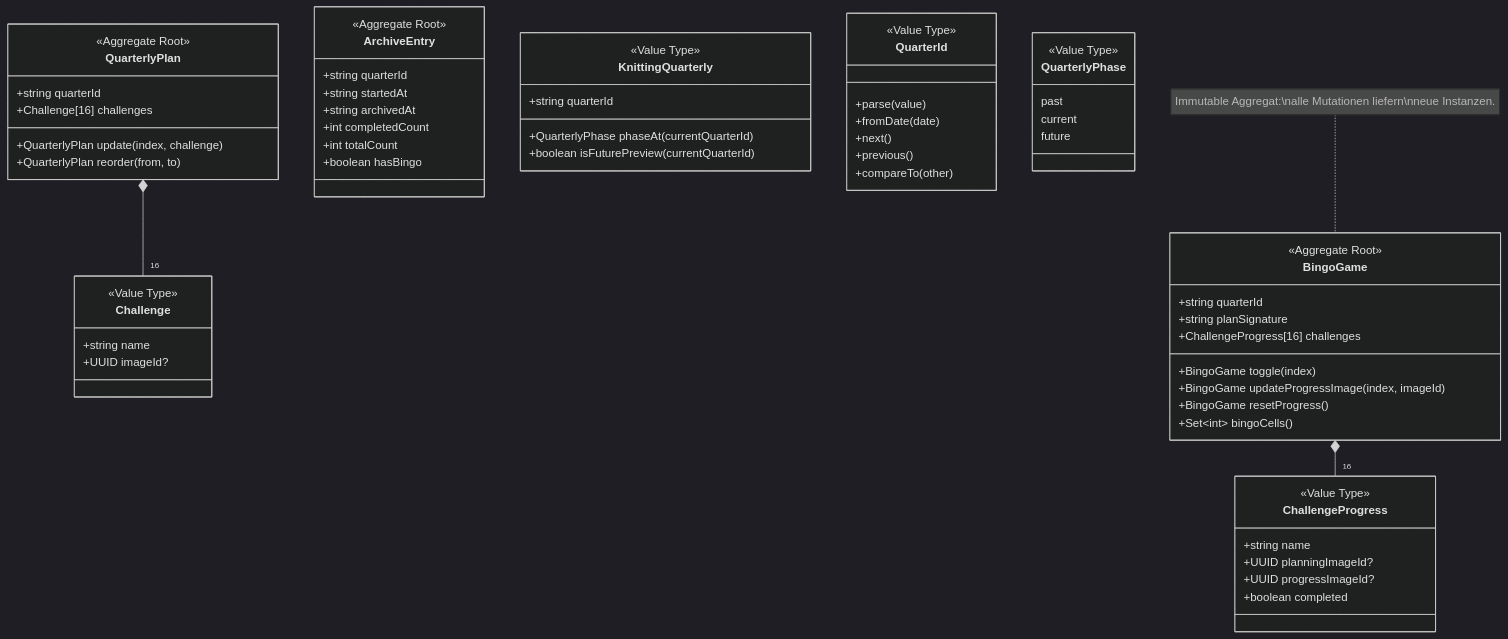
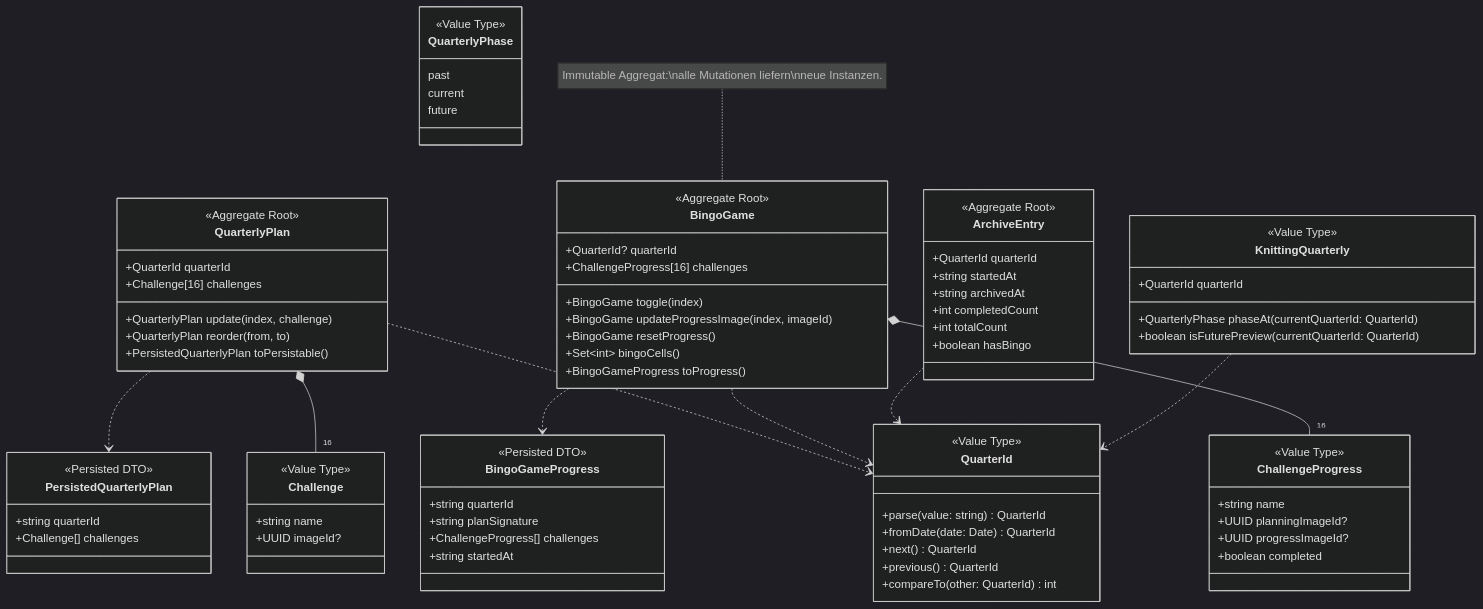
One commit to flingoflux/knitting-quarterly-bingo changed the second of 13 diagrams in docs/arc42.md. Above: the diagram before and after it, drawn with Mermaid (dark theme). The commit also changed other lines of this file and 11 other files, not shown here.

Commit message:
feat: refactor to use QuarterId type for quarter identifiers across services and repositories

````diff
--- a/docs/arc42.md
+++ b/docs/arc42.md
@@ -104,11 +104,21 @@
 ```mermaid
 classDiagram
+  class QuarterId {
+    <<Value Type>>
+    +parse(value: string) QuarterId
+    +fromDate(date: Date) QuarterId
+    +next() QuarterId
+    +previous() QuarterId
+    +compareTo(other: QuarterId) int
+  }
+
   class QuarterlyPlan {
     <<Aggregate Root>>
-    +string quarterId
+    +QuarterId quarterId
     +Challenge[16] challenges
     +QuarterlyPlan update(index, challenge)
     +QuarterlyPlan reorder(from, to)
+    +PersistedQuarterlyPlan toPersistable()
   }
 
   class Challenge {
@@ -119,13 +129,13 @@
 
   class BingoGame {
     <<Aggregate Root>>
-    +string quarterId
-    +string planSignature
+    +QuarterId? quarterId
     +ChallengeProgress[16] challenges
     +BingoGame toggle(index)
     +BingoGame updateProgressImage(index, imageId)
     +BingoGame resetProgress()
     +Set~int~ bingoCells()
+    +BingoGameProgress toProgress()
   }
 
   class ChallengeProgress {
@@ -138,7 +148,7 @@
 
   class ArchiveEntry {
     <<Aggregate Root>>
-    +string quarterId
+    +QuarterId quarterId
     +string startedAt
     +string archivedAt
     +int completedCount
@@ -148,18 +158,23 @@
 
   class KnittingQuarterly {
     <<Value Type>>
-    +string quarterId
-    +QuarterlyPhase phaseAt(currentQuarterId)
-    +boolean isFuturePreview(currentQuarterId)
+    +QuarterId quarterId
+    +QuarterlyPhase phaseAt(currentQuarterId: QuarterId)
+    +boolean isFuturePreview(currentQuarterId: QuarterId)
   }
 
-  class QuarterId {
-    <<Value Type>>
-    +parse(value)
-    +fromDate(date)
-    +next()
-    +previous()
-    +compareTo(other)
+  class BingoGameProgress {
+    <<Persisted DTO>>
+    +string quarterId
+    +string planSignature
+    +ChallengeProgress[] challenges
+    +string startedAt
+  }
+
+  class PersistedQuarterlyPlan {
+    <<Persisted DTO>>
+    +string quarterId
+    +Challenge[] challenges
   }
 
   class QuarterlyPhase {
@@ -171,6 +186,12 @@
 
   QuarterlyPlan *-- "16" Challenge
   BingoGame *-- "16" ChallengeProgress
+  QuarterlyPlan ..> QuarterId
+  BingoGame ..> QuarterId
+  ArchiveEntry ..> QuarterId
+  KnittingQuarterly ..> QuarterId
+  BingoGame ..> BingoGameProgress
+  QuarterlyPlan ..> PersistedQuarterlyPlan
 
   note for BingoGame "Immutable Aggregat:\nalle Mutationen liefern\nneue Instanzen."
 ```
````
